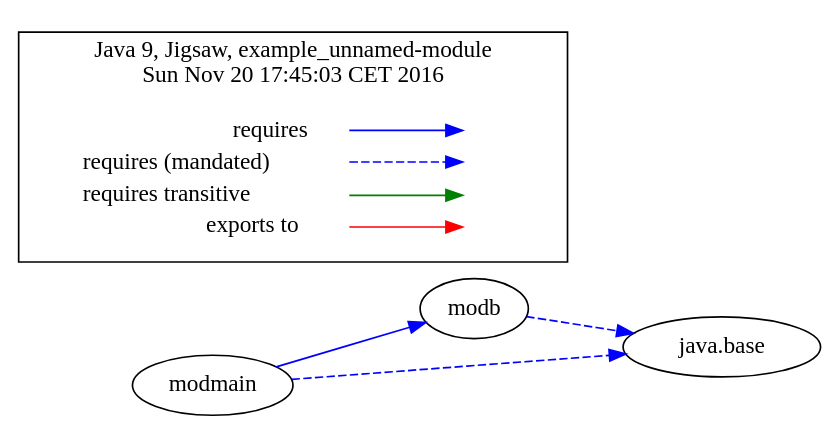
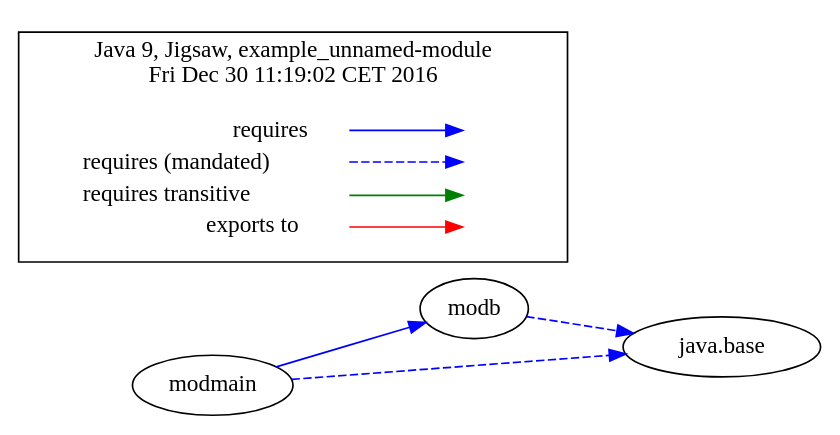
Before and after one commit to accso/java9-jigsaw-examples: the diagram in jigsaw-examples/example_unnamed-module/moduledependencies-withlegend.dot, drawn with Graphviz. The commit also changed 81 other files, not shown here.

```diff
--- a/jigsaw-examples/example_unnamed-module/moduledependencies-withlegend.dot
+++ b/jigsaw-examples/example_unnamed-module/moduledependencies-withlegend.dot
@@ -1,32 +1,32 @@
-# Created by depvis.JigsawDepVisualizer on Sun Nov 20 17:45:03 CET 2016
+# Created by depvis.JigsawDepVisualizer on Fri Dec 30 11:19:02 CET 2016
 digraph Java9_Dependency_Visualizer {
 modmain[fontname="Consolas",shape="ellipse",label="modmain"];
 modb[fontname="Consolas",shape="ellipse",label="modb"];
 java_base[fontname="Consolas",shape="ellipse",label="java.base"];
 modmain -> modb[color="#0000ff",fontname="Consolas",fontcolor="#0000ff",weight="8"]
 modmain -> java_base[color="#0000ff",fontname="Consolas",fontcolor="#0000ff",style="dashed",weight="16"]
 modb -> java_base[color="#0000ff",fontname="Consolas",fontcolor="#0000ff",style="dashed",weight="16"]
 rankdir=LR
 node [shape=plaintext]
 subgraph cluster_01 { 
   label = "Java 9, Jigsaw, example_unnamed-module
-Sun Nov 20 17:45:03 CET 2016"
+Fri Dec 30 11:19:02 CET 2016"
   fontname="Consolas"
   key [label=<<table border="0" cellpadding="2" cellspacing="0" cellborder="0">
     <tr><td align="right" port="i1">requires</td></tr>
     <tr><td align="right" port="i2">requires (mandated)</td></tr>
     <tr><td align="right" port="i3">requires transitive</td></tr>
     <tr><td align="right" port="i4">exports to</td></tr>
     </table>>,fontname="Consolas"]
   key2 [label=<<table border="0" cellpadding="2" cellspacing="0" cellborder="0">
     <tr><td port="i1">&nbsp;</td></tr>
     <tr><td port="i2">&nbsp;</td></tr>
     <tr><td port="i3">&nbsp;</td></tr>
     <tr><td port="i4">&nbsp;</td></tr>
     </table>>,fontname="Consolas"]
   key:i1:e -> key2:i1:w [color=BLUE]
   key:i2:e -> key2:i2:w [color=BLUE, style=dashed]
   key:i3:e -> key2:i3:w [color=GREEN]
   key:i4:e -> key2:i4:w [color=RED]
 }
 }
```
